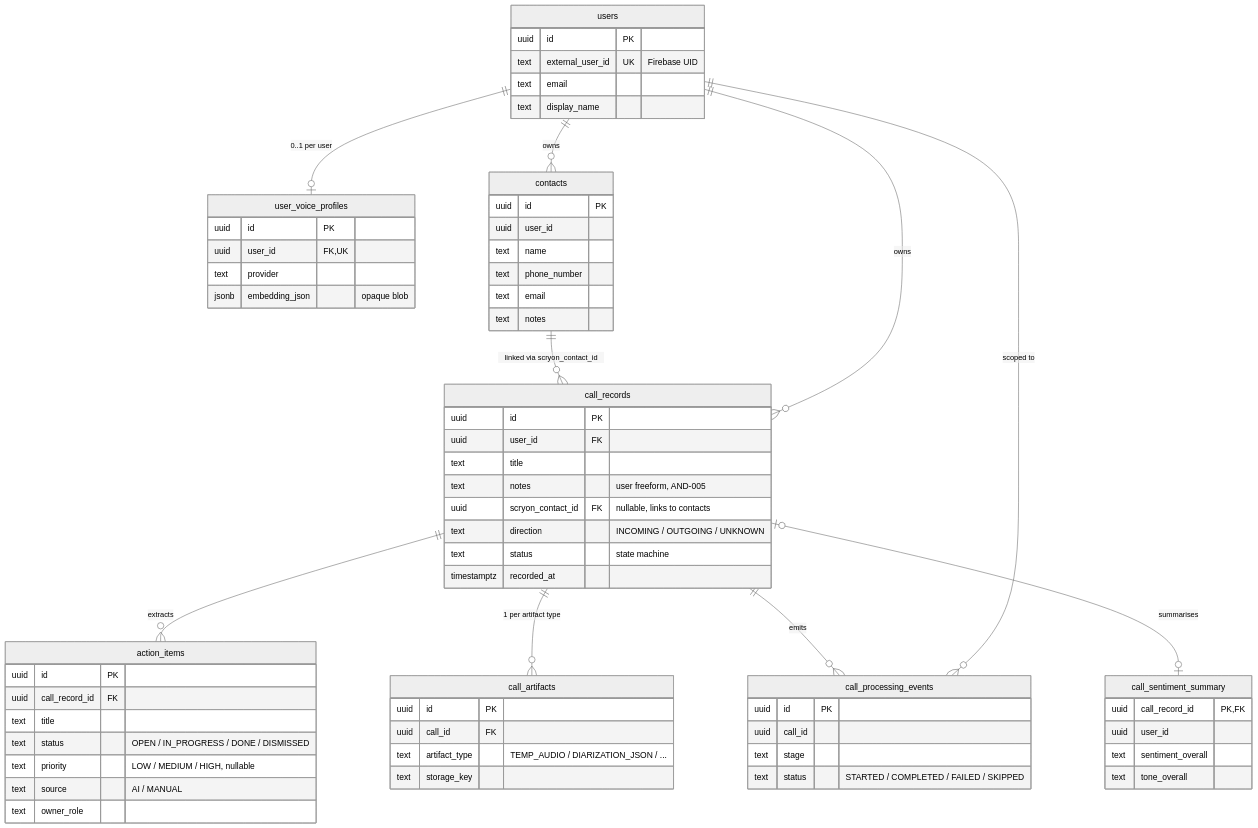
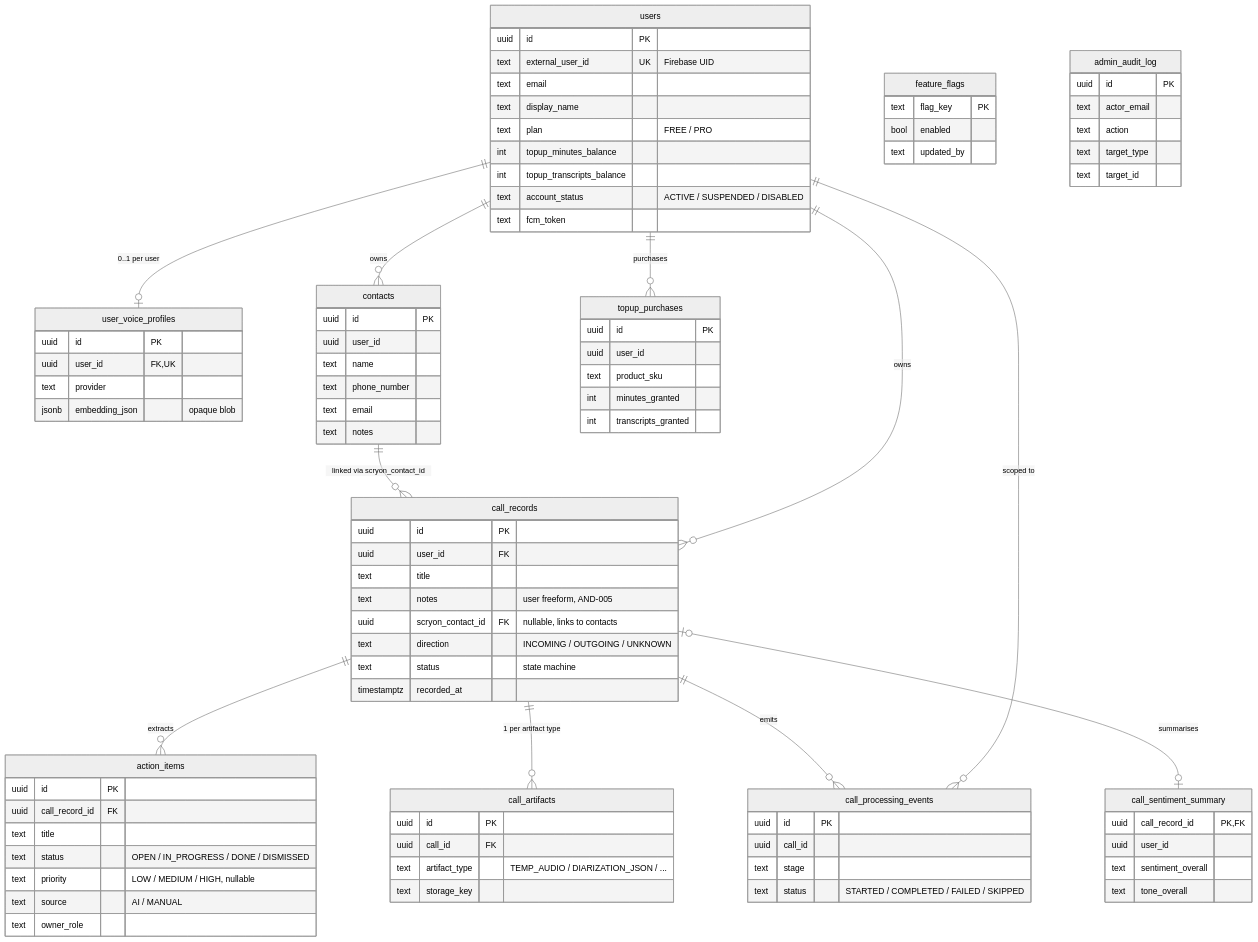
The diagram in docs/architecture/data-model.md (FluxonLabs/scryon-docs), drawn with Mermaid (neutral theme) before and after one commit. The commit also changed other lines of this file and 12 other files, not shown here.

```diff
--- a/docs/architecture/data-model.md
+++ b/docs/architecture/data-model.md
@@ -10,6 +10,7 @@
     users ||--o| user_voice_profiles : "0..1 per user"
     users ||--o{ call_processing_events : "scoped to"
     users ||--o{ contacts : owns
+    users ||--o{ topup_purchases : purchases
     call_records ||--o{ action_items : extracts
     call_records ||--o{ call_artifacts : "1 per artifact type"
     call_records ||--o{ call_processing_events : emits
@@ -21,6 +22,30 @@
         text external_user_id UK "Firebase UID"
         text email
         text display_name
+        text plan "FREE / PRO"
+        int topup_minutes_balance
+        int topup_transcripts_balance
+        text account_status "ACTIVE / SUSPENDED / DISABLED"
+        text fcm_token
+    }
+    feature_flags {
+        text flag_key PK
+        bool enabled
+        text updated_by
+    }
+    admin_audit_log {
+        uuid id PK
+        text actor_email
+        text action
+        text target_type
+        text target_id
+    }
+    topup_purchases {
+        uuid id PK
+        uuid user_id
+        text product_sku
+        int minutes_granted
+        int transcripts_granted
     }
     call_records {
         uuid id PK
```
